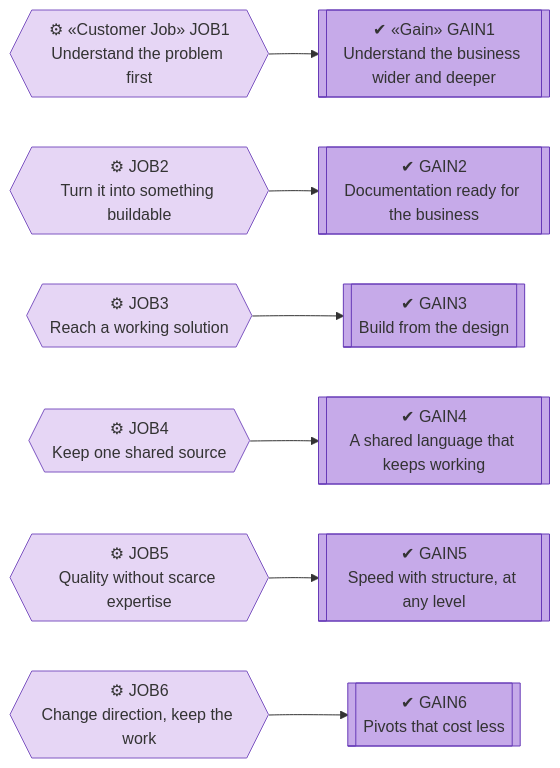
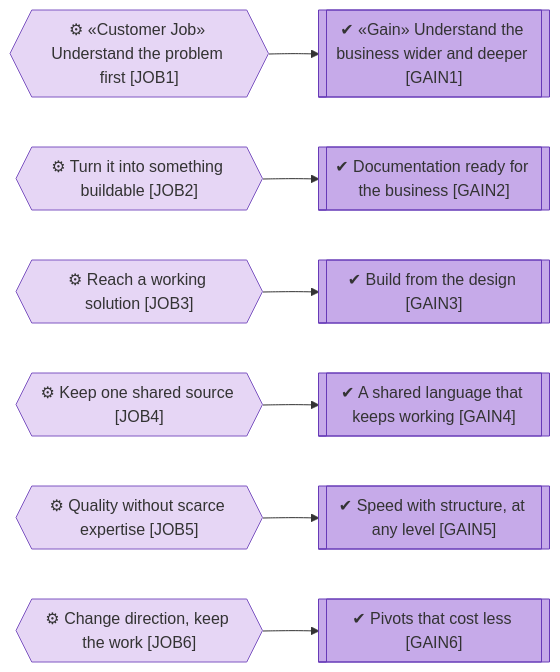
Before and after one commit to roanboc/architecture-archreator: the fifth of 6 diagrams in org-archreator/architecture/0_business-design/1_value-proposition-canvas.md, drawn with Mermaid. The commit also changed other lines of this file and 38 other files, not shown here.

````diff
--- a/org-archreator/architecture/0_business-design/1_value-proposition-canvas.md
+++ b/org-archreator/architecture/0_business-design/1_value-proposition-canvas.md
@@ -254,26 +254,26 @@
 ```mermaid
 flowchart LR
-  job1{{"⚙ «Customer Job» JOB1<br>Understand the problem first"}}:::job
-  job2{{"⚙ JOB2<br>Turn it into something buildable"}}:::job
-  job3{{"⚙ JOB3<br>Reach a working solution"}}:::job
-  job4{{"⚙ JOB4<br>Keep one shared source"}}:::job
-  job5{{"⚙ JOB5<br>Quality without scarce expertise"}}:::job
-  job6{{"⚙ JOB6<br>Change direction, keep the work"}}:::job
+  job1{{"⚙ «Customer Job» Understand the problem first [JOB1]"}}:::job
+  job2{{"⚙ Turn it into something buildable [JOB2]"}}:::job
+  job3{{"⚙ Reach a working solution [JOB3]"}}:::job
+  job4{{"⚙ Keep one shared source [JOB4]"}}:::job
+  job5{{"⚙ Quality without scarce expertise [JOB5]"}}:::job
+  job6{{"⚙ Change direction, keep the work [JOB6]"}}:::job
 
-  gain1[["✔ «Gain» GAIN1<br>Understand the business wider and deeper"]]:::gain
-  gain2[["✔ GAIN2<br>Documentation ready for the business"]]:::gain
-  gain3[["✔ GAIN3<br>Build from the design"]]:::gain
-  gain4[["✔ GAIN4<br>A shared language that keeps working"]]:::gain
-  gain5[["✔ GAIN5<br>Speed with structure, at any level"]]:::gain
-  gain6[["✔ GAIN6<br>Pivots that cost less"]]:::gain
+  gain1[["✔ «Gain» Understand the business wider and deeper [GAIN1]"]]:::gain
+  gain2[["✔ Documentation ready for the business [GAIN2]"]]:::gain
+  gain3[["✔ Build from the design [GAIN3]"]]:::gain
+  gain4[["✔ A shared language that keeps working [GAIN4]"]]:::gain
+  gain5[["✔ Speed with structure, at any level [GAIN5]"]]:::gain
+  gain6[["✔ Pivots that cost less [GAIN6]"]]:::gain
 
   job1 --> gain1
   job2 --> gain2
   job3 --> gain3
   job4 --> gain4
   job5 --> gain5
   job6 --> gain6
 
   classDef job fill:#e6d6f5,stroke:#7e57c2,color:#333
   classDef gain fill:#c6aae9,stroke:#673ab7,color:#333
 ```
````
